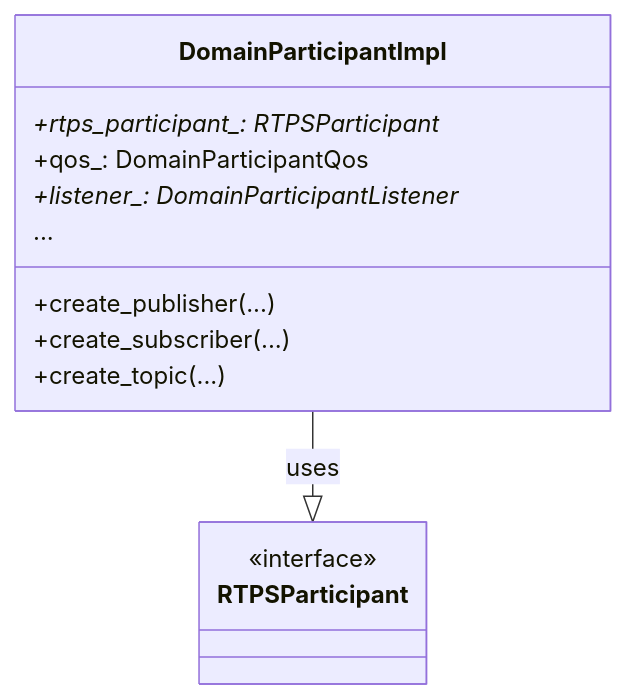
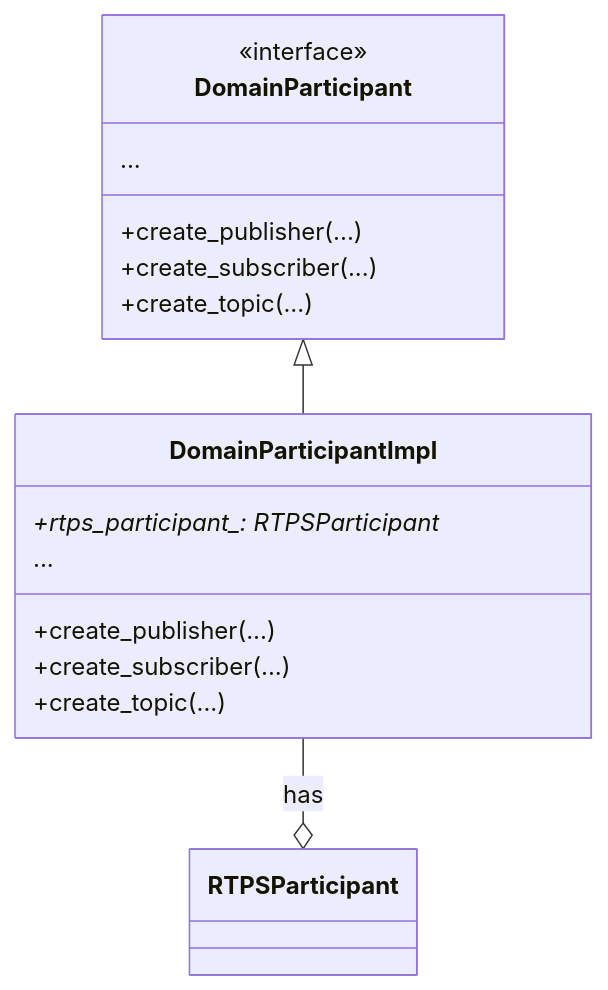
The first of 3 diagrams in code_reading_workflow.md (daniel1170594722/Code-Analysis), drawn with Mermaid before and after one commit. The commit also changed other lines of this file, not shown here.

````diff
--- a/code_reading_workflow.md
+++ b/code_reading_workflow.md
@@ -122,16 +135,19 @@
          ```mermaid
          classDiagram
-           class DomainParticipantImpl {
-             +rtps_participant_: RTPSParticipant*
-             +qos_: DomainParticipantQos
-             +listener_: DomainParticipantListener*
+           class DomainParticipant {
+             <<interface>>
              +create_publisher(...)
              +create_subscriber(...)
              +create_topic(...)
              ...
            }
-           class RTPSParticipant {
-             <<interface>>
+           class DomainParticipantImpl {
+             +rtps_participant_: RTPSParticipant*
+             +create_publisher(...)
+             +create_subscriber(...)
+             +create_topic(...)
+             ...
            }
-           DomainParticipantImpl --|> RTPSParticipant : uses
+           DomainParticipant <|-- DomainParticipantImpl
+           DomainParticipantImpl --o RTPSParticipant : has
          ```
````
